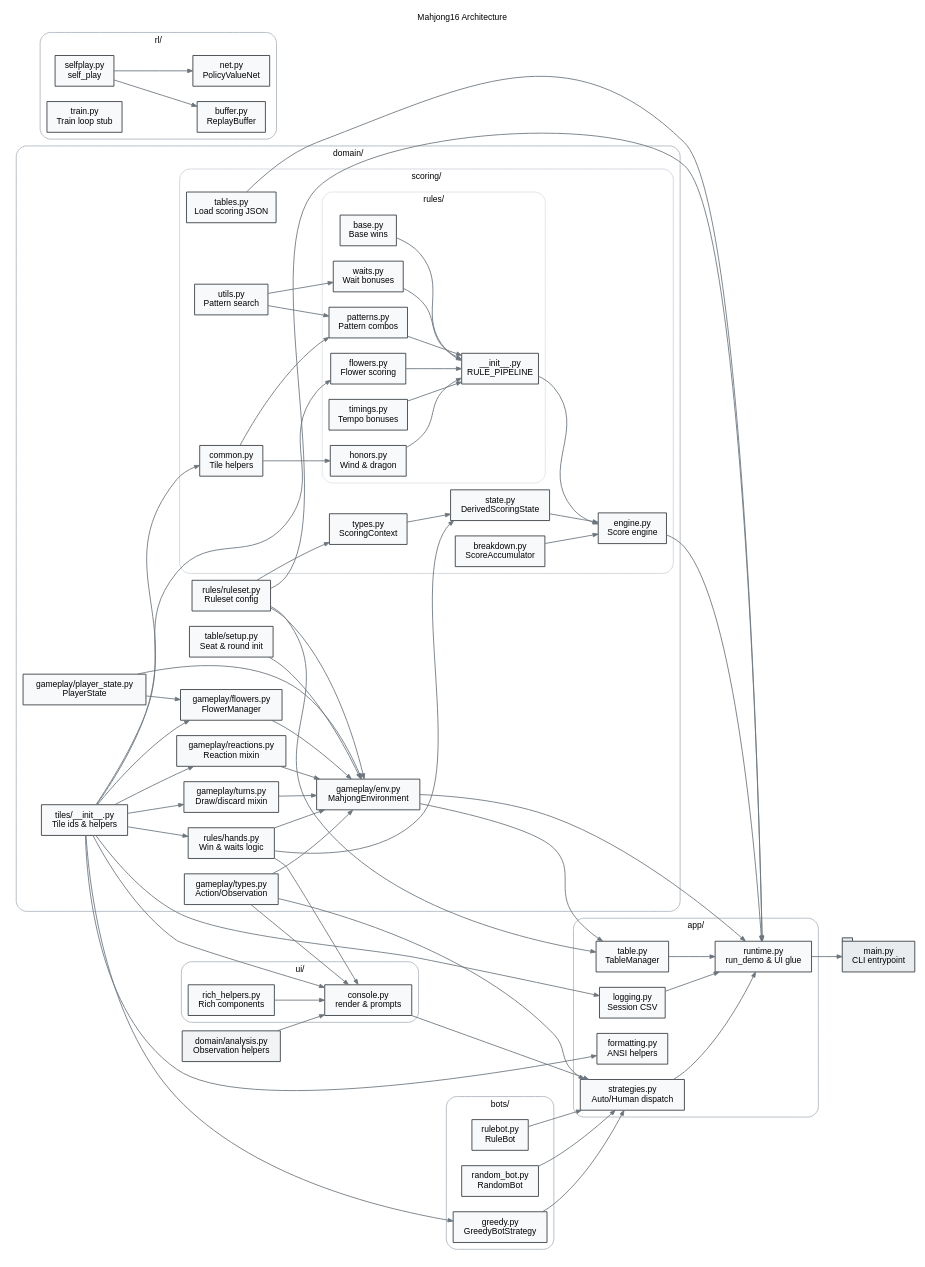
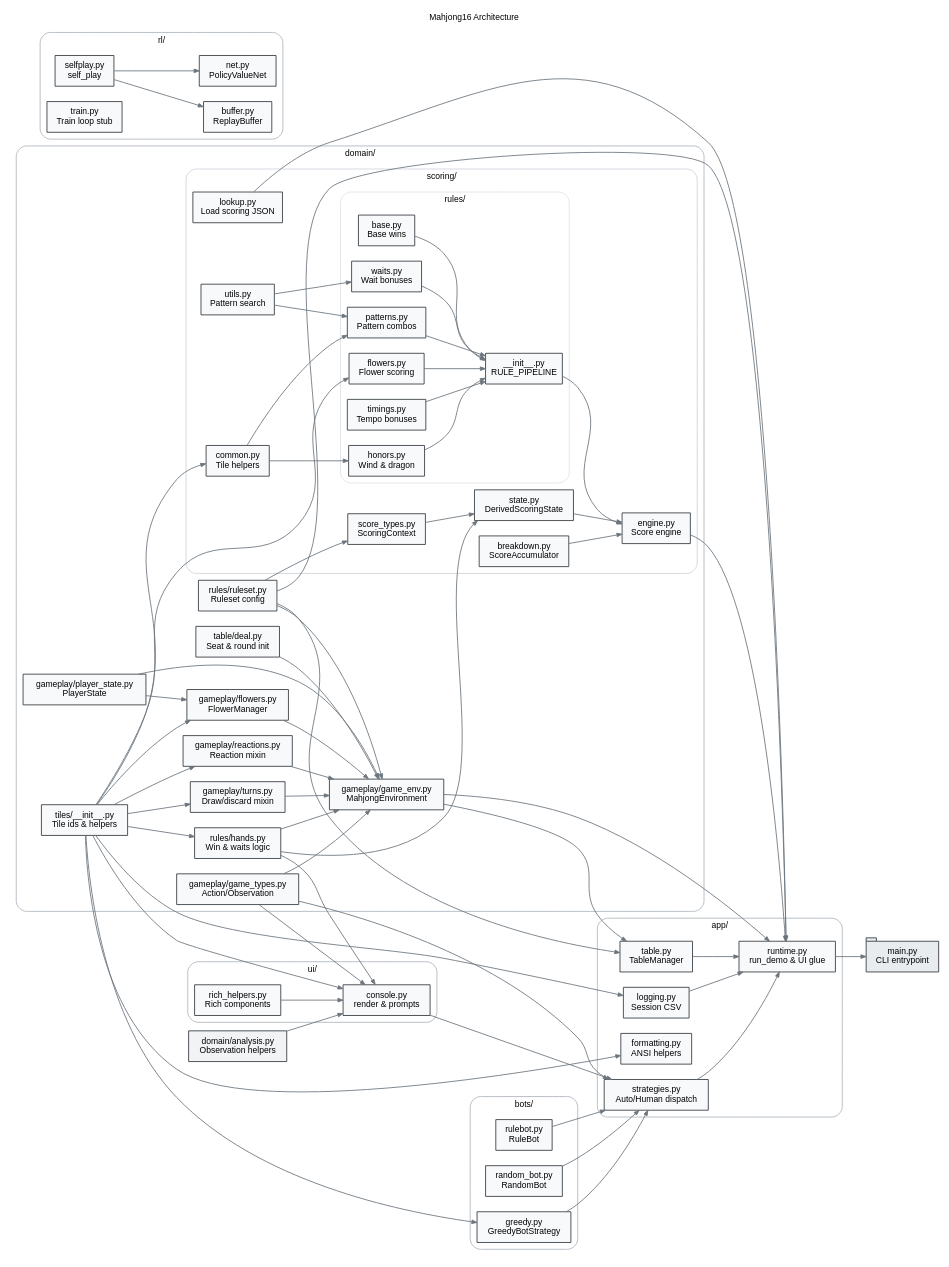
One commit to yuweiiihuang/mahjong16 changed the diagram in docs/architecture/diagram.gv. Above: the diagram before and after it, drawn with Graphviz. The commit also changed 32 other files, not shown here.

Commit message:
refactor: rename gameplay env and scoring modules

```diff
--- a/docs/architecture/diagram.gv
+++ b/docs/architecture/diagram.gv
@@ -1,165 +1,165 @@
 // Graphviz diagram of Mahjong16 modules and dependencies
 digraph Mahjong16 {
     graph [rankdir=LR, fontsize=10, fontname="Helvetica", labelloc="t", label="Mahjong16 Architecture"];
     node [shape=box, fontsize=10, fontname="Helvetica", style="filled", fillcolor="#f8f9fa", color="#343a40"];
     edge [color="#6c757d", arrowsize=0.6];
 
     subgraph cluster_domain {
         label = "domain/";
         color = "#adb5bd";
         style = "rounded";
 
         domain_tiles      [label="tiles/__init__.py\nTile ids & helpers"];
         domain_ruleset    [label="rules/ruleset.py\nRuleset config"];
         domain_rules_hands[label="rules/hands.py\nWin & waits logic"];
-        domain_game_types [label="gameplay/types.py\nAction/Observation"];
+        domain_game_types [label="gameplay/game_types.py\nAction/Observation"];
         domain_player     [label="gameplay/player_state.py\nPlayerState"];
         domain_flowers    [label="gameplay/flowers.py\nFlowerManager"];
         domain_turns      [label="gameplay/turns.py\nDraw/discard mixin"];
         domain_reactions  [label="gameplay/reactions.py\nReaction mixin"];
-        domain_env        [label="gameplay/env.py\nMahjongEnvironment"];
-        domain_table      [label="table/setup.py\nSeat & round init"];
+        domain_env        [label="gameplay/game_env.py\nMahjongEnvironment"];
+        domain_table      [label="table/deal.py\nSeat & round init"];
 
         subgraph cluster_domain_scoring {
             label = "scoring/";
             color = "#ced4da";
             style = "rounded";
 
-            domain_sc_tables    [label="tables.py\nLoad scoring JSON"];
-            domain_sc_types     [label="types.py\nScoringContext"];
+            domain_sc_tables    [label="lookup.py\nLoad scoring JSON"];
+            domain_sc_types     [label="score_types.py\nScoringContext"];
             domain_sc_state     [label="state.py\nDerivedScoringState"];
             domain_sc_engine    [label="engine.py\nScore engine"];
             domain_sc_breakdown [label="breakdown.py\nScoreAccumulator"];
             domain_sc_common    [label="common.py\nTile helpers"];
             domain_sc_utils     [label="utils.py\nPattern search"];
 
             subgraph cluster_domain_scoring_rules {
                 label = "rules/";
                 color = "#dee2e6";
                 style = "rounded";
 
                 domain_sc_rules_pipeline [label="__init__.py\nRULE_PIPELINE"];
                 domain_sc_rules_flowers  [label="flowers.py\nFlower scoring"];
                 domain_sc_rules_base     [label="base.py\nBase wins"];
                 domain_sc_rules_waits    [label="waits.py\nWait bonuses"];
                 domain_sc_rules_patterns [label="patterns.py\nPattern combos"];
                 domain_sc_rules_honors   [label="honors.py\nWind & dragon"];
                 domain_sc_rules_timings  [label="timings.py\nTempo bonuses"];
             }
         }
     }
 
     domain_analysis [label="domain/analysis.py\nObservation helpers", fillcolor="#f1f3f5"];
 
     subgraph cluster_app {
         label = "app/";
         color = "#adb5bd";
         style = "rounded";
         app_table    [label="table.py\nTableManager"];
         app_strat    [label="strategies.py\nAuto/Human dispatch"];
         app_runtime  [label="runtime.py\nrun_demo & UI glue"];
         app_logging  [label="logging.py\nSession CSV"];
         app_format   [label="formatting.py\nANSI helpers"];
     }
 
     subgraph cluster_ui {
         label = "ui/";
         color = "#adb5bd";
         style = "rounded";
         ui_console [label="console.py\nrender & prompts"];
         ui_helpers [label="rich_helpers.py\nRich components"];
     }
 
     subgraph cluster_bots {
         label = "bots/";
         color = "#adb5bd";
         style = "rounded";
         bot_rule   [label="rulebot.py\nRuleBot"];
         bot_random [label="random_bot.py\nRandomBot"];
         bot_greedy [label="greedy.py\nGreedyBotStrategy"];
     }
 
     subgraph cluster_rl {
         label = "rl/";
         color = "#adb5bd";
         style = "rounded";
         rl_selfplay [label="selfplay.py\nself_play"];
         rl_buffer   [label="buffer.py\nReplayBuffer"];
         rl_net      [label="net.py\nPolicyValueNet"];
         rl_train    [label="train.py\nTrain loop stub"];
     }
 
     main_cli [label="main.py\nCLI entrypoint", shape=tab, fillcolor="#e9ecef"];
 
     // Domain dependencies
     domain_tiles -> domain_rules_hands;
     domain_tiles -> domain_flowers;
     domain_tiles -> domain_turns;
     domain_tiles -> domain_reactions;
     domain_tiles -> domain_sc_common;
     domain_tiles -> domain_sc_rules_flowers;
     domain_tiles -> ui_console;
     domain_tiles -> app_logging;
     domain_tiles -> app_format;
     domain_tiles -> bot_greedy;
 
     domain_ruleset -> domain_env;
     domain_ruleset -> domain_sc_types;
     domain_ruleset -> app_table;
     domain_ruleset -> app_runtime;
 
     domain_game_types -> domain_env;
     domain_game_types -> ui_console;
     domain_game_types -> app_strat;
 
     domain_player -> domain_flowers;
     domain_player -> domain_env;
 
     domain_rules_hands -> domain_env;
     domain_rules_hands -> domain_sc_state;
     domain_rules_hands -> ui_console;
 
     domain_flowers -> domain_env;
 
     domain_turns -> domain_env;
     domain_reactions -> domain_env;
     domain_table -> domain_env;
 
     domain_analysis -> ui_console;
 
     domain_env -> app_table;
     domain_env -> app_runtime;
 
     domain_sc_tables -> app_runtime;
     domain_sc_types -> domain_sc_state;
     domain_sc_common -> domain_sc_rules_patterns;
     domain_sc_common -> domain_sc_rules_honors;
     domain_sc_utils -> domain_sc_rules_patterns;
     domain_sc_utils -> domain_sc_rules_waits;
     domain_sc_state -> domain_sc_engine;
     domain_sc_rules_flowers -> domain_sc_rules_pipeline;
     domain_sc_rules_base -> domain_sc_rules_pipeline;
     domain_sc_rules_waits -> domain_sc_rules_pipeline;
     domain_sc_rules_patterns -> domain_sc_rules_pipeline;
     domain_sc_rules_honors -> domain_sc_rules_pipeline;
     domain_sc_rules_timings -> domain_sc_rules_pipeline;
     domain_sc_rules_pipeline -> domain_sc_engine;
     domain_sc_engine -> app_runtime;
     domain_sc_breakdown -> domain_sc_engine;
 
     ui_helpers -> ui_console;
 
     app_table -> app_runtime;
     app_strat -> app_runtime;
     app_logging -> app_runtime;
     ui_console -> app_strat;
 
     bot_rule -> app_strat;
     bot_random -> app_strat;
     bot_greedy -> app_strat;
 
     rl_selfplay -> rl_buffer;
     rl_selfplay -> rl_net;
 
     app_runtime -> main_cli;
 }
```
